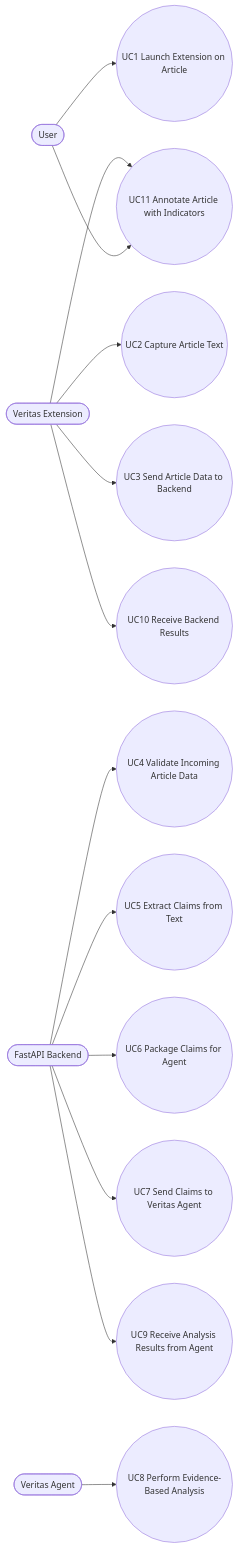
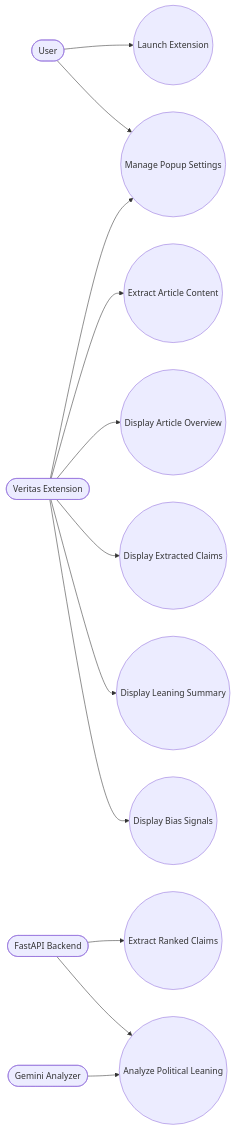
Before and after one commit to FastMartini/Veritas: the third of 9 diagrams in docs/README.md, drawn with Mermaid. The commit also changed other lines of this file, not shown here.

Commit message:
Revise README to reflect political leaning analysis focus

````diff
--- a/docs/README.md
+++ b/docs/README.md
@@ -461,36 +302,30 @@
 ```mermaid
 flowchart LR
 
-%% Actors
 U([User])
 EXT([Veritas Extension])
 BE([FastAPI Backend])
-AG([Veritas Agent])
+AI([Gemini Analyzer])
 
-%% Use Cases
-UC1((UC1 Launch Extension on Article))
-UC2((UC2 Capture Article Text))
-UC3((UC3 Send Article Data to Backend))
-UC4((UC4 Validate Incoming Article Data))
-UC5((UC5 Extract Claims from Text))
-UC6((UC6 Package Claims for Agent))
-UC7((UC7 Send Claims to Veritas Agent))
-UC8((UC8 Perform Evidence-Based Analysis))
-UC9((UC9 Receive Analysis Results from Agent))
-UC10((UC10 Receive Backend Results))
-UC11((UC11 Annotate Article with Indicators))
+UC1((Launch Extension))
+UC2((Extract Article Content))
+UC3((Extract Ranked Claims))
+UC4((Display Article Overview))
+UC5((Display Extracted Claims))
+UC6((Analyze Political Leaning))
+UC7((Display Leaning Summary))
+UC8((Display Bias Signals))
+UC9((Manage Popup Settings))
 
-%% Relationships
 U --> UC1
 EXT --> UC2
-EXT --> UC3
-BE --> UC4
-BE --> UC5
+BE --> UC3
+EXT --> UC4
+EXT --> UC5
 BE --> UC6
-BE --> UC7
-AG --> UC8
-BE --> UC9
-EXT --> UC10
-EXT --> UC11
-U --> UC11
+AI --> UC6
+EXT --> UC7
+EXT --> UC8
+U --> UC9
+EXT --> UC9
 ```
````
